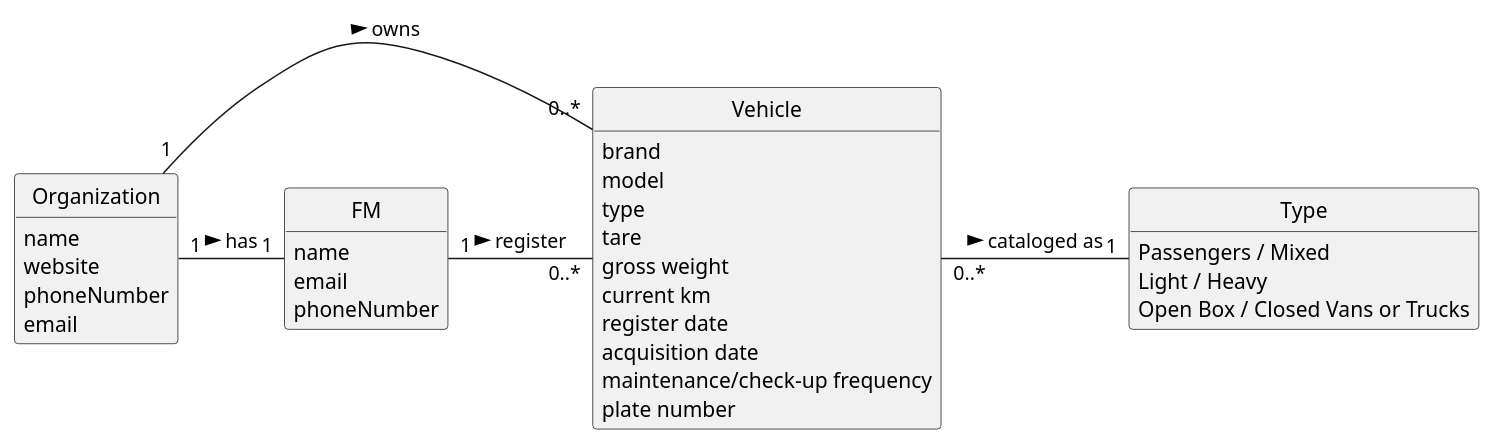
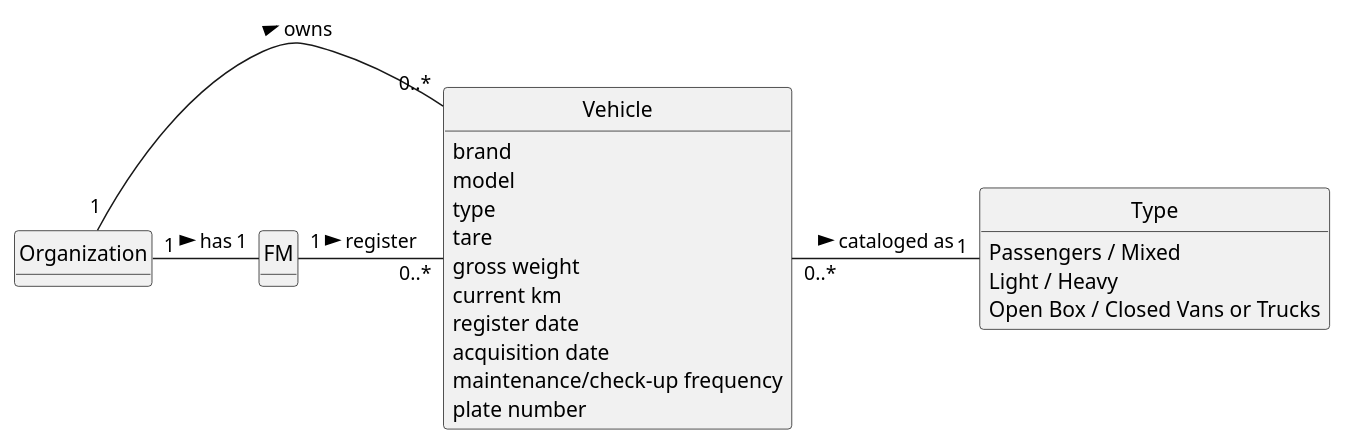
The diagram in docs/sprintA/us006/02.analysis/puml/us006-domain-model.puml (daniel41silva05/ISEP_2023_2024_LAPR2), drawn with PlantUML before and after one commit. The commit also changed 6 other files, not shown here.

Commit message:
US03/06: update diagram

```diff
--- a/docs/sprintA/us006/02.analysis/puml/us006-domain-model.puml
+++ b/docs/sprintA/us006/02.analysis/puml/us006-domain-model.puml
@@ -1,50 +1,43 @@
 @startuml
 skinparam monochrome true
 skinparam packageStyle rectangle
 skinparam shadowing false
 
 'left to right direction
 
 skinparam classAttributeIconSize 0
 
 hide circle
 hide methods
 
 class Organization {
-    name
-    website
-    phoneNumber
-    email
 }
 
 class Vehicle {
     brand
     model
     type
     tare
     gross weight
     current km
     register date
     acquisition date
     maintenance/check-up frequency
     plate number
 }
 
 class FM {
-    name
-    email
-    phoneNumber
 }
 
 class Type {
     Passengers / Mixed
     Light / Heavy
     Open Box / Closed Vans or Trucks
 }
 
 Organization "1" - "1" FM : has >
 Organization "1" - "0..*" Vehicle : owns >
 FM "1" - "0..*" Vehicle : register >
 Vehicle "0..*" - "1" Type : cataloged as >
 
 @enduml
```
